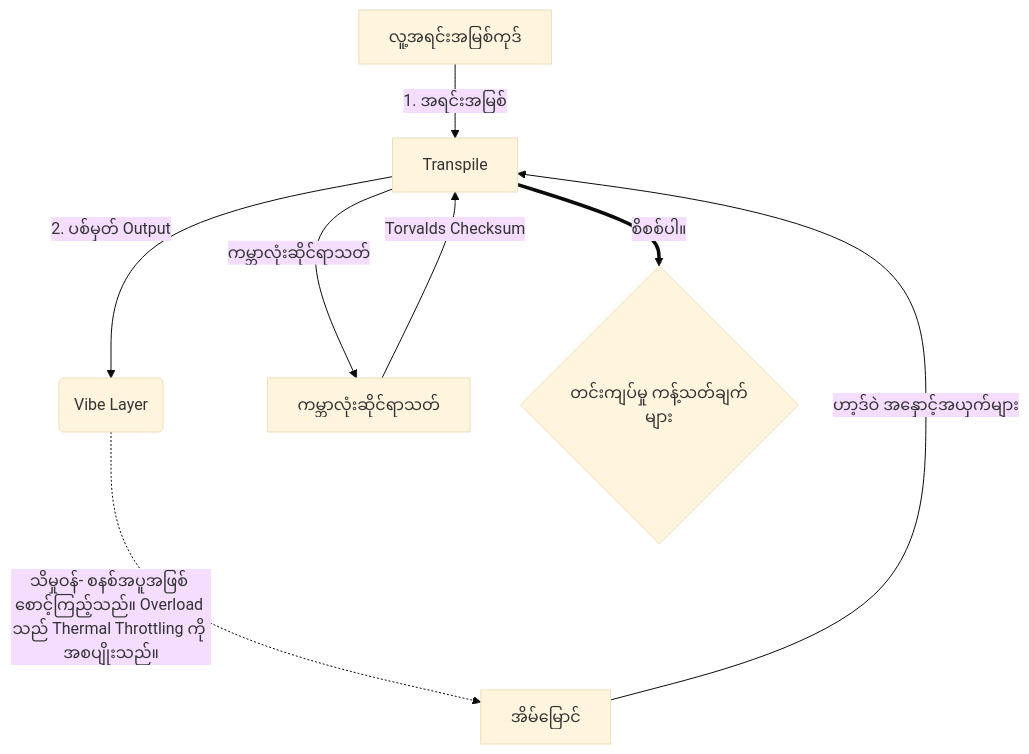
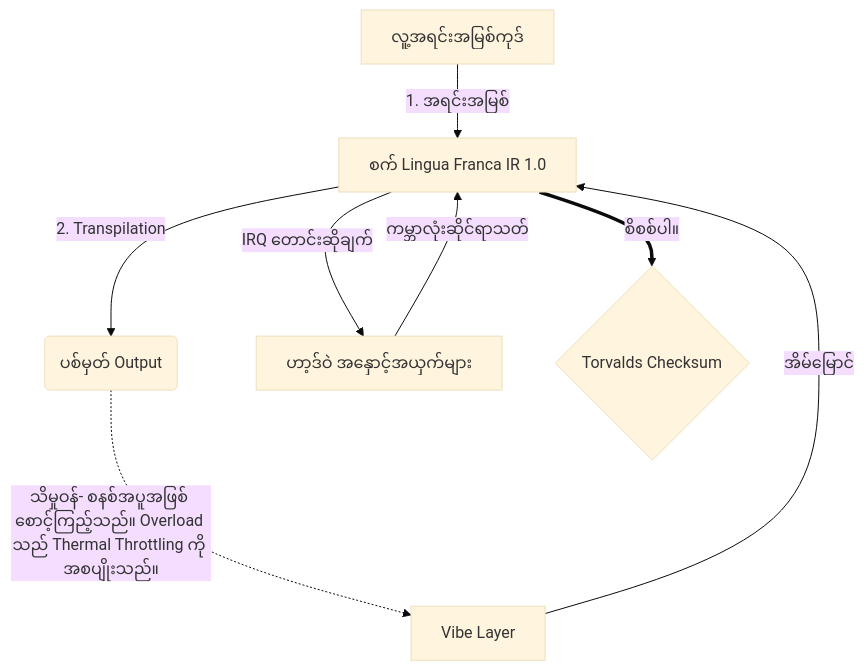
One commit to 0compute/machine changed the diagram in README.hacker.my.md. Above: the diagram before and after it, drawn with Mermaid (base theme). The commit also changed other lines of this file and 103 other files, not shown here.

````diff
--- a/README.hacker.my.md
+++ b/README.hacker.my.md
@@ -93,10 +93,10 @@
 ```mermaid
 graph TD
-    A[လူ့အရင်းအမြစ်ကုဒ်] -->|1. အရင်းအမြစ်| B[Transpile]
-    B -->|2. ပစ်မှတ် Output| C(Vibe Layer)
-    C -.->|သိမှုဝန်- စနစ်အပူအဖြစ် စောင့်ကြည့်သည်။ Overload သည် Thermal Throttling ကို အစပျိုးသည်။| G[အိမ်မြောင်]
-    G -->|ဟာ့ဒ်ဝဲ အနှောင့်အယှက်များ| B
-    B -->|ကမ္ဘာလုံးဆိုင်ရာသတ်| H[ကမ္ဘာလုံးဆိုင်ရာသတ်]
-    H -->|Torvalds Checksum| B
-    B == စိစစ်ပါ။ ==> I{တင်းကျပ်မှု ကန့်သတ်ချက်များ}
+    A[လူ့အရင်းအမြစ်ကုဒ်] -->|1. အရင်းအမြစ်| B[စက် Lingua Franca IR 1.0]
+    B -->|2. Transpilation| C(ပစ်မှတ် Output)
+    C -.->|သိမှုဝန်- စနစ်အပူအဖြစ် စောင့်ကြည့်သည်။ Overload သည် Thermal Throttling ကို အစပျိုးသည်။| G[Vibe Layer]
+    G -->|အိမ်မြောင်| B
+    B -->|IRQ တောင်းဆိုချက်| H[ဟာ့ဒ်ဝဲ အနှောင့်အယှက်များ]
+    H -->|ကမ္ဘာလုံးဆိုင်ရာသတ်| B
+    B == စိစစ်ပါ။ ==> I{Torvalds Checksum}
 ```
````
